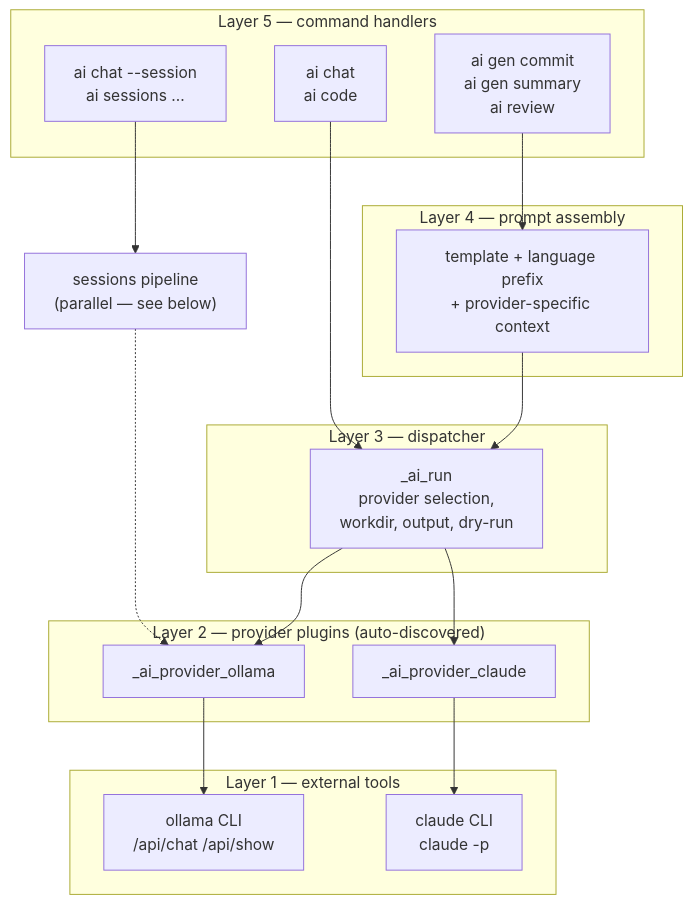
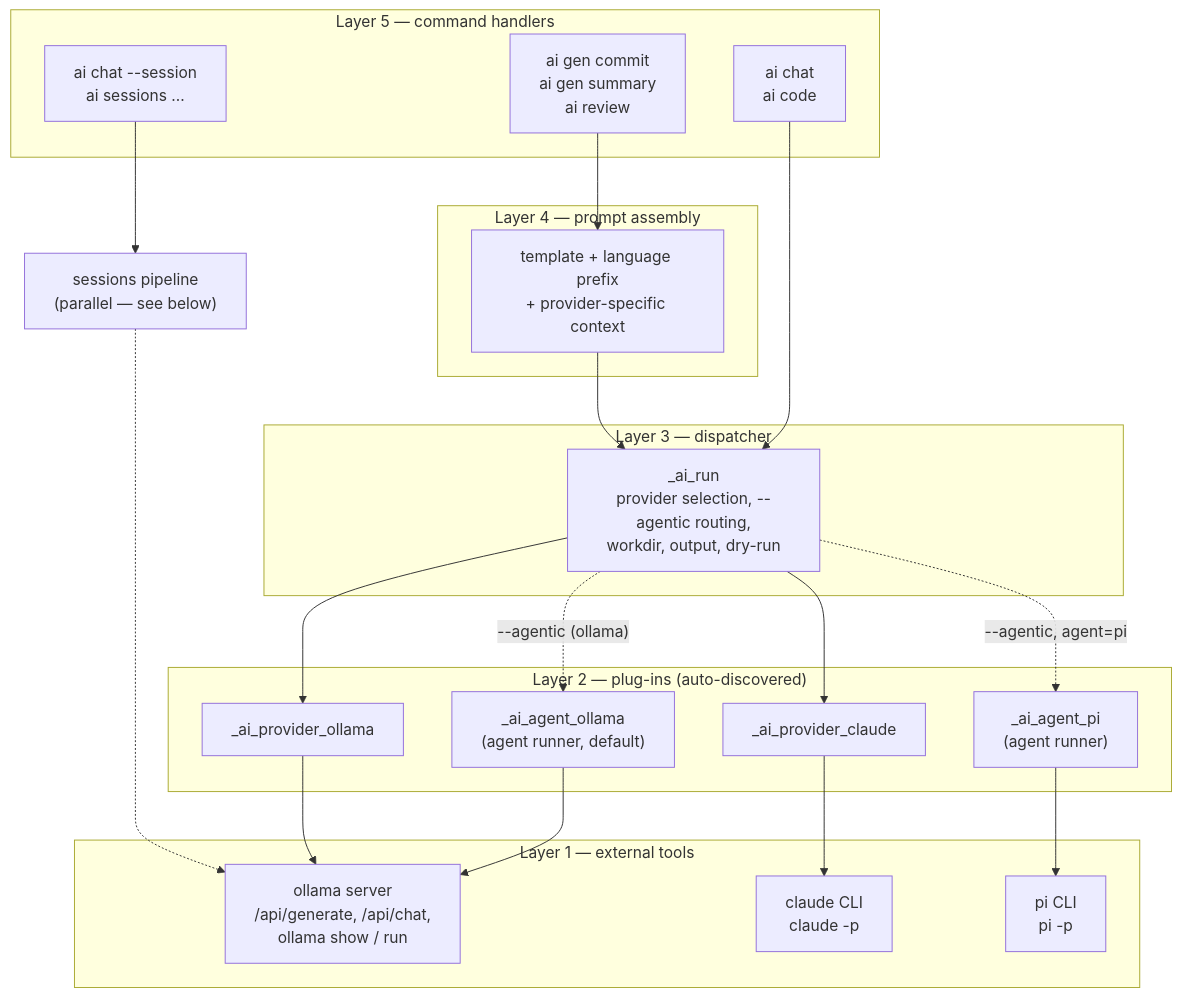
The first of 2 diagrams in docs/fish/ai/architecture.md (alnovis/dotfiles-mac), drawn with Mermaid before and after one commit. The commit also changed other lines of this file and 9 other files, not shown here.

````diff
--- a/docs/fish/ai/architecture.md
+++ b/docs/fish/ai/architecture.md
@@ -21,38 +21,45 @@
 ```mermaid
 flowchart TD
     subgraph L5["Layer 5 — command handlers"]
         cmd_gen["ai gen commit<br/>ai gen summary<br/>ai review"]
         cmd_chat["ai chat<br/>ai code"]
         cmd_sess["ai chat --session<br/>ai sessions ..."]
     end
 
     subgraph L4["Layer 4 — prompt assembly"]
         assembly["template + language prefix<br/>+ provider-specific context"]
     end
 
     subgraph L3["Layer 3 — dispatcher"]
-        dispatch["_ai_run<br/>provider selection,<br/>workdir, output, dry-run"]
+        dispatch["_ai_run<br/>provider selection, --agentic routing,<br/>workdir, output, dry-run"]
     end
 
-    subgraph L2["Layer 2 — provider plugins (auto-discovered)"]
+    subgraph L2["Layer 2 — plug-ins (auto-discovered)"]
         p_ollama["_ai_provider_ollama"]
         p_claude["_ai_provider_claude"]
+        a_ollama["_ai_agent_ollama<br/>(agent runner, default)"]
+        a_pi["_ai_agent_pi<br/>(agent runner)"]
     end
 
     subgraph L1["Layer 1 — external tools"]
-        t_ollama["ollama CLI<br/>/api/chat /api/show"]
+        t_ollama["ollama server<br/>/api/generate, /api/chat,<br/>ollama show / run"]
         t_claude["claude CLI<br/>claude -p"]
+        t_pi["pi CLI<br/>pi -p"]
     end
 
     sessions_pipeline["sessions pipeline<br/>(parallel — see below)"]
 
     cmd_gen --> assembly
     assembly --> dispatch
     cmd_chat --> dispatch
     cmd_sess --> sessions_pipeline
     dispatch --> p_ollama
     dispatch --> p_claude
-    sessions_pipeline -.-> p_ollama
+    dispatch -.->|"--agentic (ollama)"| a_ollama
+    dispatch -.->|"--agentic, agent=pi"| a_pi
+    sessions_pipeline -.-> t_ollama
     p_ollama --> t_ollama
+    a_ollama --> t_ollama
+    a_pi --> t_pi
     p_claude --> t_claude
 ```
````
